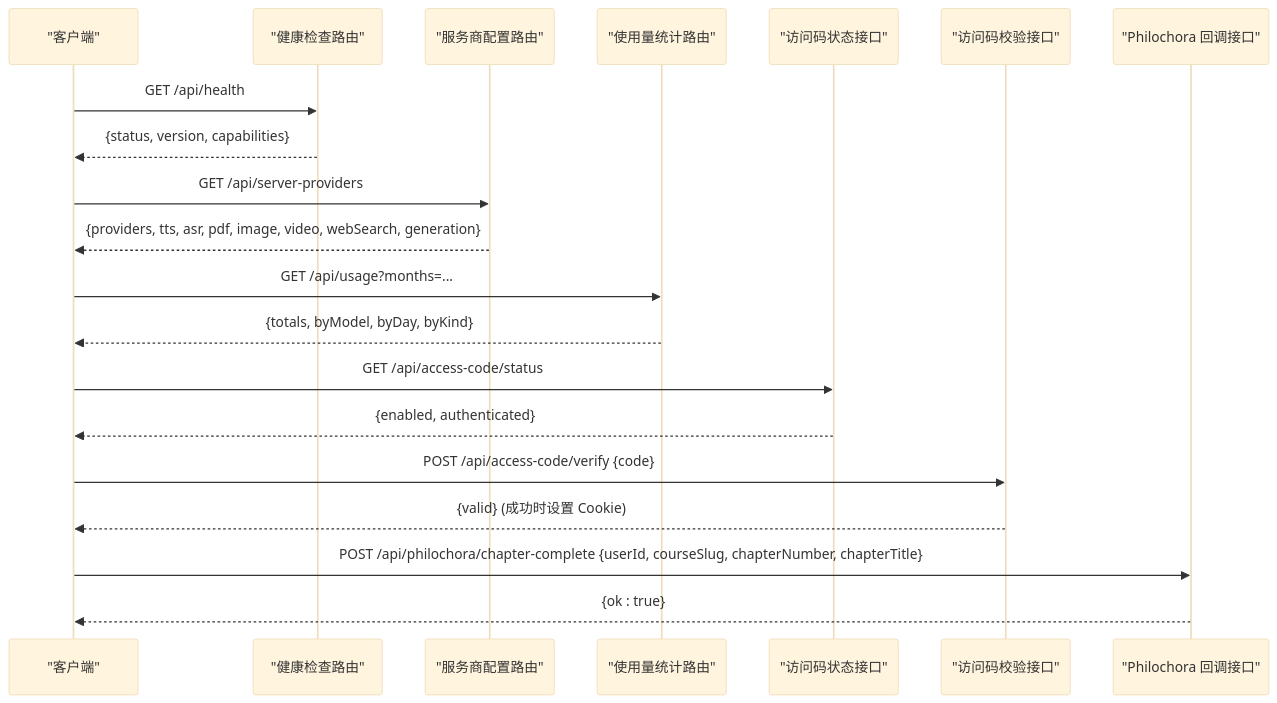
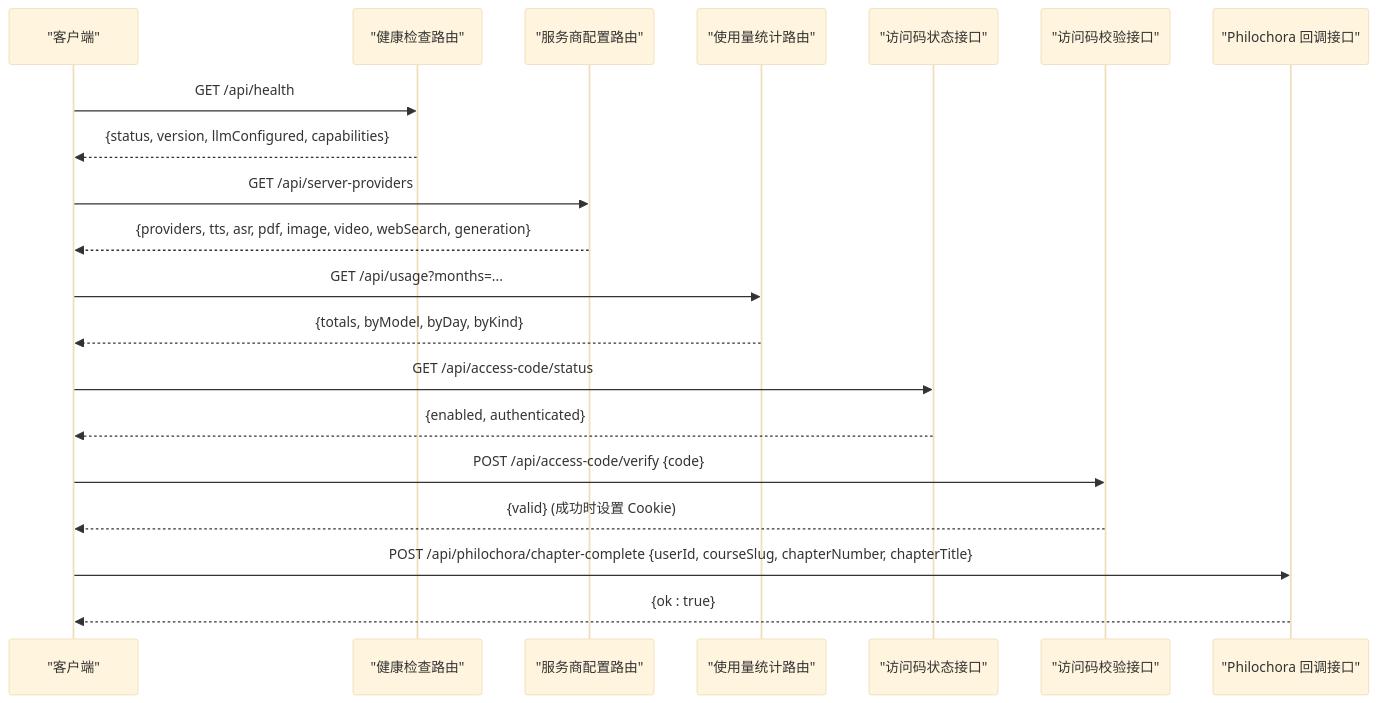
One commit to huangboheng/OpenMAIC changed the first of 2 diagrams in .qoder/repowiki/zh/content/API 接口参考/工具类 API.md. Above: the diagram before and after it, drawn with Mermaid (base theme). The commit also changed other lines of this file and 23 other files, not shown here.

````diff
--- a/.qoder/repowiki/zh/content/API 接口参考/工具类 API.md
+++ b/.qoder/repowiki/zh/content/API 接口参考/工具类 API.md
@@ -53,22 +62,22 @@
 ```mermaid
 sequenceDiagram
 participant Client as "客户端"
 participant Health as "健康检查路由"
 participant Providers as "服务商配置路由"
 participant Usage as "使用量统计路由"
 participant AccessStatus as "访问码状态接口"
 participant AccessVerify as "访问码校验接口"
 participant Philochora as "Philochora 回调接口"
 Client->>Health : GET /api/health
-Health-->>Client : {status, version, capabilities}
+Health-->>Client : {status, version, llmConfigured, capabilities}
 Client->>Providers : GET /api/server-providers
 Providers-->>Client : {providers, tts, asr, pdf, image, video, webSearch, generation}
 Client->>Usage : GET /api/usage?months=...
 Usage-->>Client : {totals, byModel, byDay, byKind}
 Client->>AccessStatus : GET /api/access-code/status
 AccessStatus-->>Client : {enabled, authenticated}
 Client->>AccessVerify : POST /api/access-code/verify {code}
 AccessVerify-->>Client : {valid} (成功时设置 Cookie)
 Client->>Philochora : POST /api/philochora/chapter-complete {userId, courseSlug, chapterNumber, chapterTitle}
 Philochora-->>Client : {ok : true}
 ```
````
